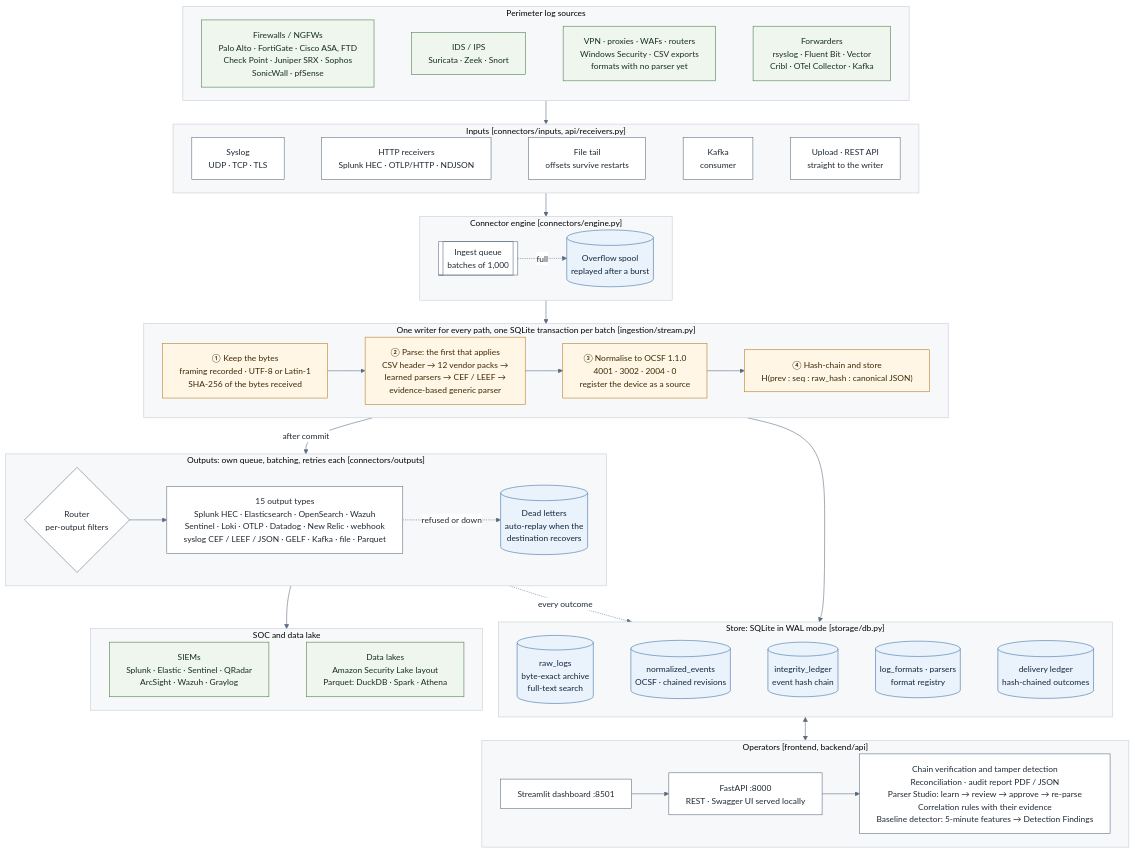
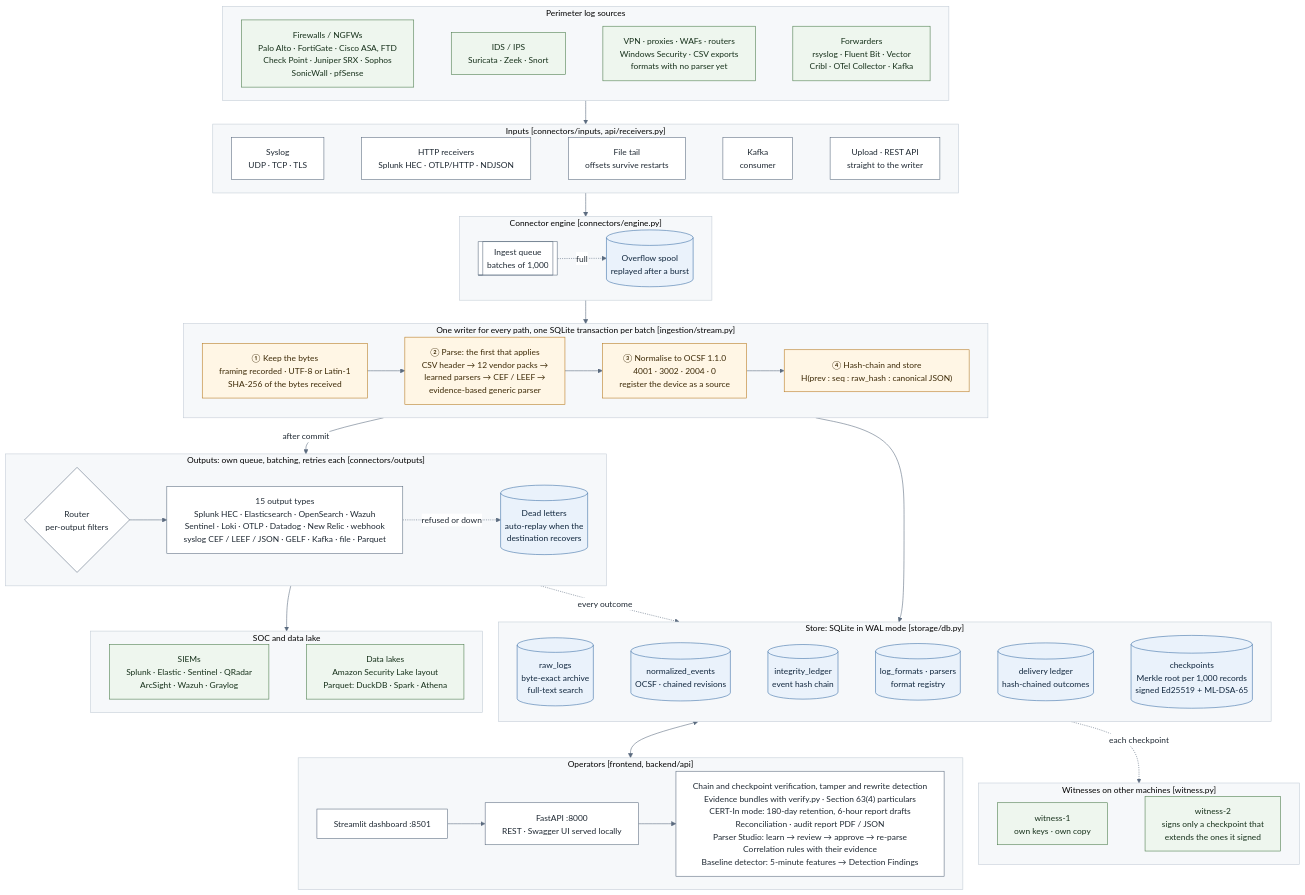
Before and after one commit to VengefulSpartan/ULPF: the diagram in docs/diagrams/architecture.mmd, drawn with Mermaid. The commit also changed 42 other files, not shown here.

First line of the commit message:
Add signed checkpoints with witnesses, evidence bundles and CERT-In mode

```diff
--- a/docs/diagrams/architecture.mmd
+++ b/docs/diagrams/architecture.mmd
@@ -1,89 +1,98 @@
 %%{init: {"theme": "base", "themeVariables": {"fontFamily": "Helvetica, Arial, sans-serif", "fontSize": "15px", "primaryColor": "#ffffff", "primaryBorderColor": "#5b6b7f", "primaryTextColor": "#1f2933", "lineColor": "#5b6b7f", "clusterBkg": "#f6f8fa", "clusterBorder": "#c3ccd6"}, "flowchart": {"curve": "basis", "nodeSpacing": 28, "rankSpacing": 42, "wrappingWidth": 420}}}%%
 flowchart TB
   %% TRACELOG architecture. Rendered copies: docs/diagrams/architecture.svg and .png
   %% Every box is code in this repository; the folder is in brackets.
 
   subgraph SRC["Perimeter log sources"]
     direction LR
     FW["Firewalls / NGFWs<br/>Palo Alto · FortiGate · Cisco ASA, FTD<br/>Check Point · Juniper SRX · Sophos<br/>SonicWall · pfSense"]
     IDS["IDS / IPS<br/>Suricata · Zeek · Snort"]
     MISC["VPN · proxies · WAFs · routers<br/>Windows Security · CSV exports<br/>formats with no parser yet"]
     FWD["Forwarders<br/>rsyslog · Fluent Bit · Vector<br/>Cribl · OTel Collector · Kafka"]
     FW ~~~ IDS ~~~ MISC ~~~ FWD
   end
 
   subgraph IN["Inputs  [connectors/inputs, api/receivers.py]"]
     direction LR
     SYS["Syslog<br/>UDP · TCP · TLS"]
     HTTP["HTTP receivers<br/>Splunk HEC · OTLP/HTTP · NDJSON"]
     TAIL["File tail<br/>offsets survive restarts"]
     KAF["Kafka<br/>consumer"]
     UP["Upload · REST API<br/>straight to the writer"]
     SYS ~~~ HTTP ~~~ TAIL ~~~ KAF ~~~ UP
   end
 
   subgraph ENG["Connector engine  [connectors/engine.py]"]
     direction LR
     Q[["Ingest queue<br/>batches of 1,000"]]
     SPOOL[("Overflow spool<br/>replayed after a burst")]
     Q -. "full" .-> SPOOL
   end
 
   subgraph CORE["One writer for every path, one SQLite transaction per batch  [ingestion/stream.py]"]
     direction LR
     KEEP["① Keep the bytes<br/>framing recorded · UTF-8 or Latin-1<br/>SHA-256 of the bytes received"]
     PARSE["② Parse: the first that applies<br/>CSV header → 12 vendor packs →<br/>learned parsers → CEF / LEEF →<br/>evidence-based generic parser"]
     NORM["③ Normalise to OCSF 1.1.0<br/>4001 · 3002 · 2004 · 0<br/>register the device as a source"]
     LINK["④ Hash-chain and store<br/>H(prev : seq : raw_hash : canonical JSON)"]
     KEEP --> PARSE --> NORM --> LINK
   end
 
   subgraph DB["Store: SQLite in WAL mode  [storage/db.py]"]
     direction LR
     RAW[("raw_logs<br/>byte-exact archive<br/>full-text search")]
     EVT[("normalized_events<br/>OCSF · chained revisions")]
     LED[("integrity_ledger<br/>event hash chain")]
     FMT[("log_formats · parsers<br/>format registry")]
     DLED[("delivery ledger<br/>hash-chained outcomes")]
-    RAW ~~~ EVT ~~~ LED ~~~ FMT ~~~ DLED
+    CKP[("checkpoints<br/>Merkle root per 1,000 records<br/>signed Ed25519 + ML-DSA-65")]
+    RAW ~~~ EVT ~~~ LED ~~~ FMT ~~~ DLED ~~~ CKP
+  end
+
+  subgraph WIT["Witnesses on other machines  [witness.py]"]
+    direction LR
+    W1["witness-1<br/>own keys · own copy"]
+    W2["witness-2<br/>signs only a checkpoint that<br/>extends the ones it signed"]
+    W1 ~~~ W2
   end
 
   subgraph OUT["Outputs: own queue, batching, retries each  [connectors/outputs]"]
     direction LR
     ROUTER{"Router<br/>per-output filters"}
     SINKS["15 output types<br/>Splunk HEC · Elasticsearch · OpenSearch · Wazuh<br/>Sentinel · Loki · OTLP · Datadog · New Relic · webhook<br/>syslog CEF / LEEF / JSON · GELF · Kafka · file · Parquet"]
     DL[("Dead letters<br/>auto-replay when the<br/>destination recovers")]
     ROUTER --> SINKS
     SINKS -. "refused or down" .-> DL
   end
 
   subgraph DEST["SOC and data lake"]
     direction LR
     SIEM["SIEMs<br/>Splunk · Elastic · Sentinel · QRadar<br/>ArcSight · Wazuh · Graylog"]
     LAKE["Data lakes<br/>Amazon Security Lake layout<br/>Parquet: DuckDB · Spark · Athena"]
     SIEM ~~~ LAKE
   end
 
   subgraph OPS["Operators  [frontend, backend/api]"]
     direction LR
     DASH["Streamlit dashboard :8501"]
     API["FastAPI :8000<br/>REST · Swagger UI served locally"]
-    SVC["Chain verification and tamper detection<br/>Reconciliation · audit report PDF / JSON<br/>Parser Studio: learn → review → approve → re-parse<br/>Correlation rules with their evidence<br/>Baseline detector: 5-minute features → Detection Findings"]
+    SVC["Chain and checkpoint verification, tamper and rewrite detection<br/>Evidence bundles with verify.py · Section 63(4) particulars<br/>CERT-In mode: 180-day retention, 6-hour report drafts<br/>Reconciliation · audit report PDF / JSON<br/>Parser Studio: learn → review → approve → re-parse<br/>Correlation rules with their evidence<br/>Baseline detector: 5-minute features → Detection Findings"]
     DASH --> API --> SVC
   end
 
   SRC --> IN
   IN --> ENG
   ENG --> CORE
   CORE --> DB
   CORE -- "after commit" --> OUT
   OUT --> DEST
   OUT -. "every outcome" .-> DB
   DB <--> OPS
+  DB -. "each checkpoint" .-> WIT
 
   classDef store fill:#eaf2fb,stroke:#3b6ea5,color:#10263d
   classDef step fill:#fff6e5,stroke:#b7791f,color:#3d2a07
   classDef ext fill:#eef6ee,stroke:#4a7a4a,color:#16301a
-  class RAW,EVT,LED,FMT,DLED,SPOOL,DL store
+  class RAW,EVT,LED,FMT,DLED,CKP,SPOOL,DL store
   class KEEP,PARSE,NORM,LINK step
-  class FW,IDS,MISC,FWD,SIEM,LAKE ext
+  class FW,IDS,MISC,FWD,SIEM,LAKE,W1,W2 ext
```
